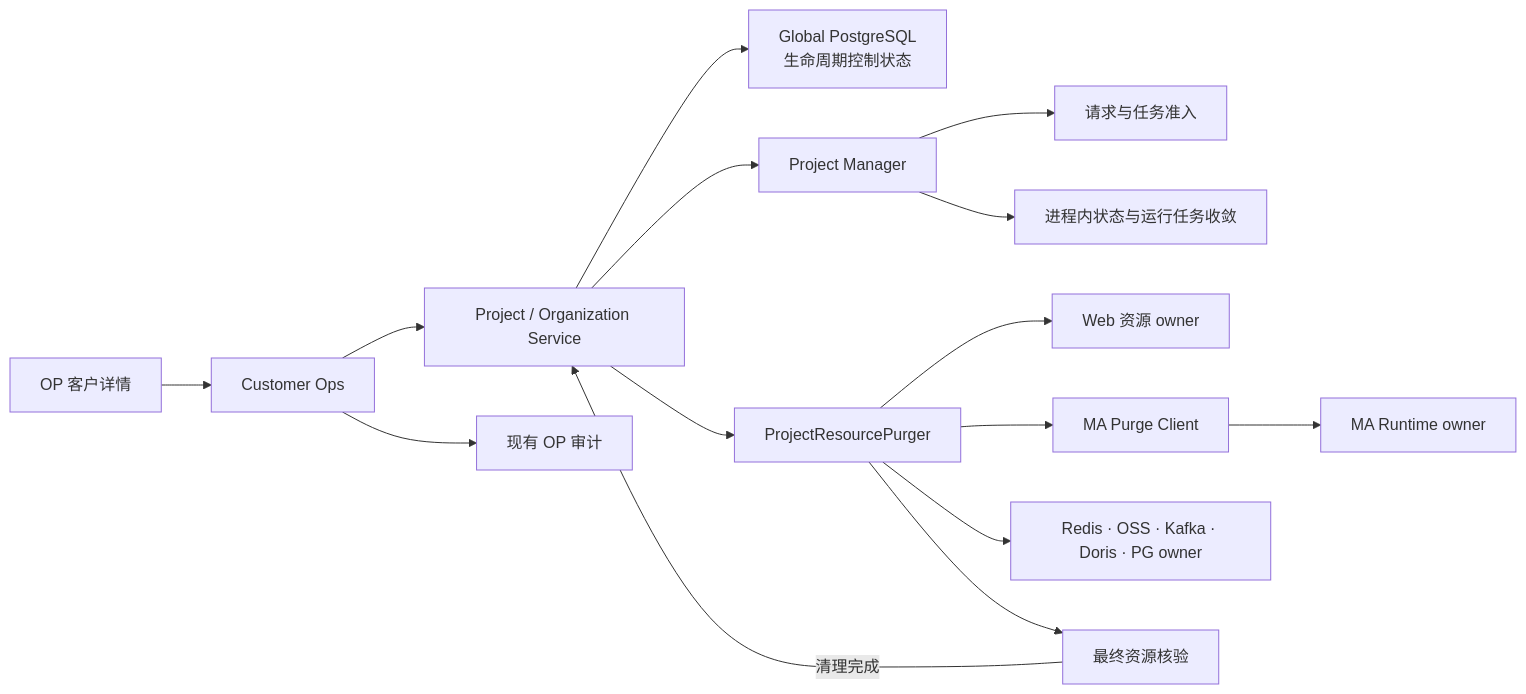
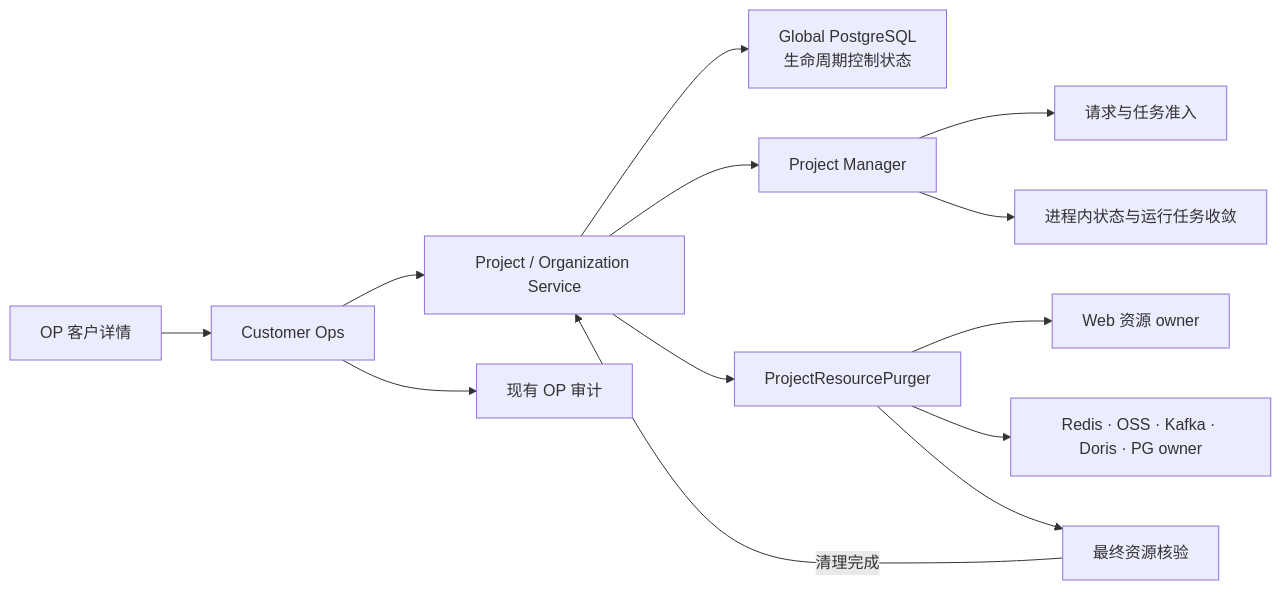
The first of 6 diagrams in specs/20260716-Wave-Refac-OrganizationProjectLifecycle/03-plan.md (qinwenshiCH/workflow), drawn with Mermaid before and after one commit. The commit also changed other lines of this file and 2 other files, not shown here.

First line of the commit message:
fix: 按实际代码修正全部组件的生命周期文档 — 资源台账/生命周期图/流量变化图/PM改动

````diff
--- a/specs/20260716-Wave-Refac-OrganizationProjectLifecycle/03-plan.md
+++ b/specs/20260716-Wave-Refac-OrganizationProjectLifecycle/03-plan.md
@@ -85,20 +85,18 @@
 ```mermaid
 flowchart LR
     OP["OP 客户详情"] --> Ops["Customer Ops"]
     Ops --> Service["Project / Organization Service"]
     Ops --> Audit["现有 OP 审计"]
 
     Service --> Global["Global PostgreSQL<br/>生命周期控制状态"]
     Service --> PM["Project Manager"]
     Service --> Purger["ProjectResourcePurger"]
 
     PM --> Gate["请求与任务准入"]
     PM --> Runtime["进程内状态与运行任务收敛"]
 
     Purger --> Local["Web 资源 owner"]
-    Purger --> MAClient["MA Purge Client"]
-    MAClient --> MA["MA Runtime owner"]
     Purger --> Infra["Redis · OSS · Kafka · Doris · PG owner"]
     Purger --> Verify["最终资源核验"]
     Verify -->|"清理完成"| Service
 ```
````
